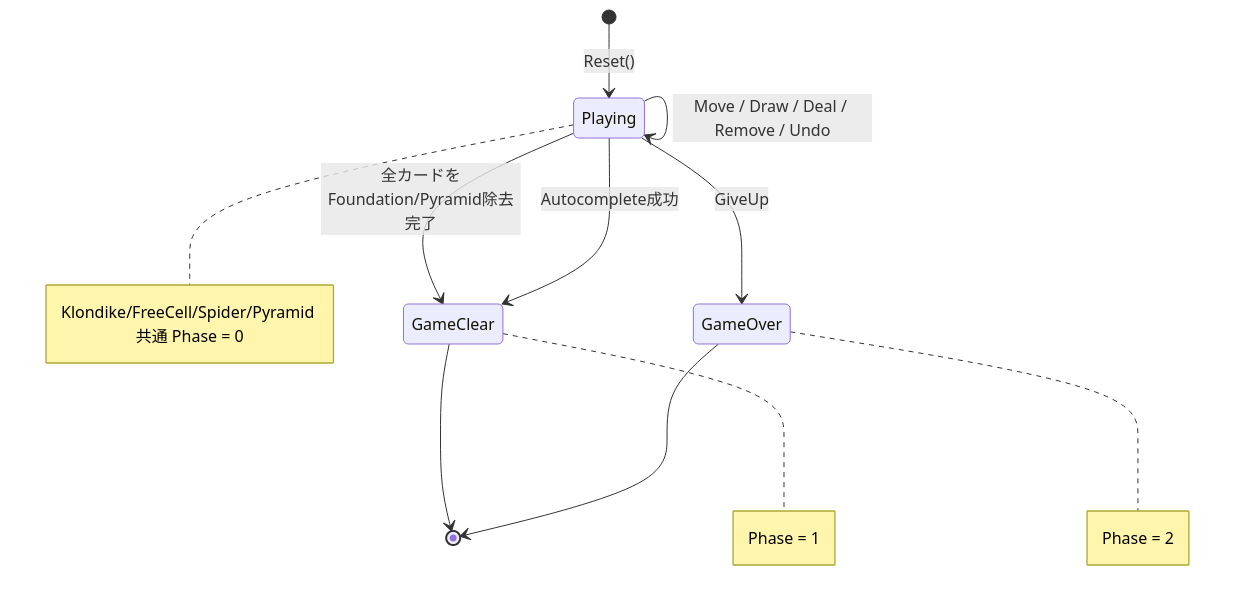
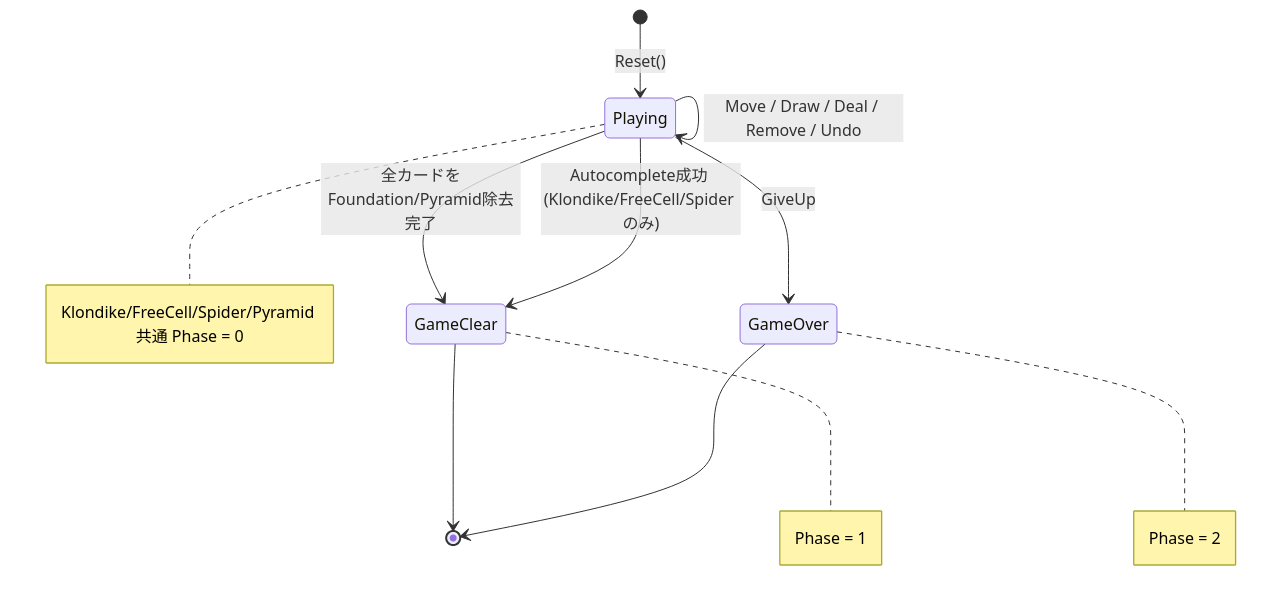
One commit to yuta-yoshinaga/go_trumpcards changed diagram 23 of 31 in docs/design/backend.md. Above: the diagram before and after it, drawn with Mermaid. The commit also changed other lines of this file and 1 other file, not shown here.

Commit message:
docs: address review feedback on UML design docs
- Clarify Autocomplete transition applies only to Klondike/FreeCell/Spider (not Pyramid)
- Add Go phase constant naming convention to §3.8 prose
- Improve KlondikePhase note wording in frontend.md

````diff
--- a/docs/design/backend.md
+++ b/docs/design/backend.md
@@ -1130,14 +1130,14 @@
 ```mermaid
 stateDiagram-v2
     [*] --> Playing : Reset()
     Playing --> Playing : Move / Draw / Deal / Remove / Undo
     Playing --> GameClear : 全カードをFoundation/Pyramid除去完了
-    Playing --> GameClear : Autocomplete成功
+    Playing --> GameClear : Autocomplete成功 (Klondike/FreeCell/Spider のみ)
     Playing --> GameOver : GiveUp
     GameClear --> [*]
     GameOver --> [*]
 
     note right of Playing : Klondike/FreeCell/Spider/Pyramid 共通 Phase = 0
     note right of GameClear : Phase = 1
     note right of GameOver : Phase = 2
 ```
````
